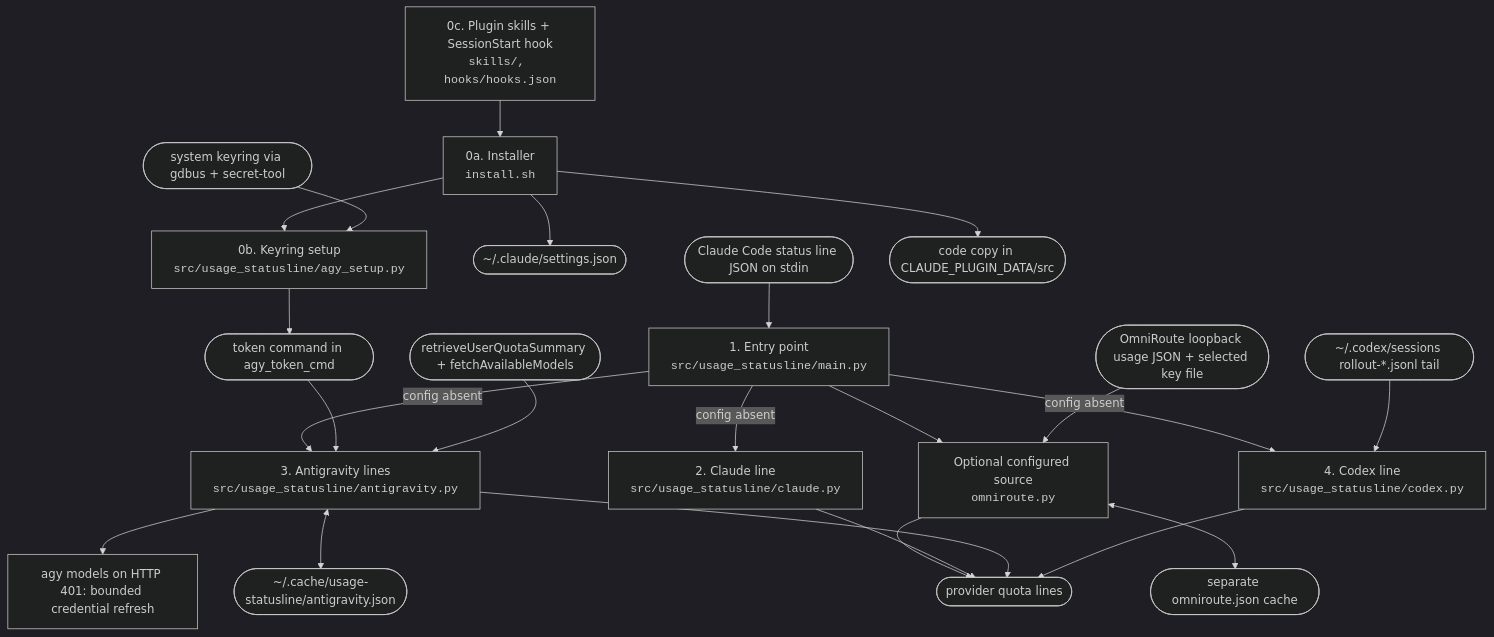
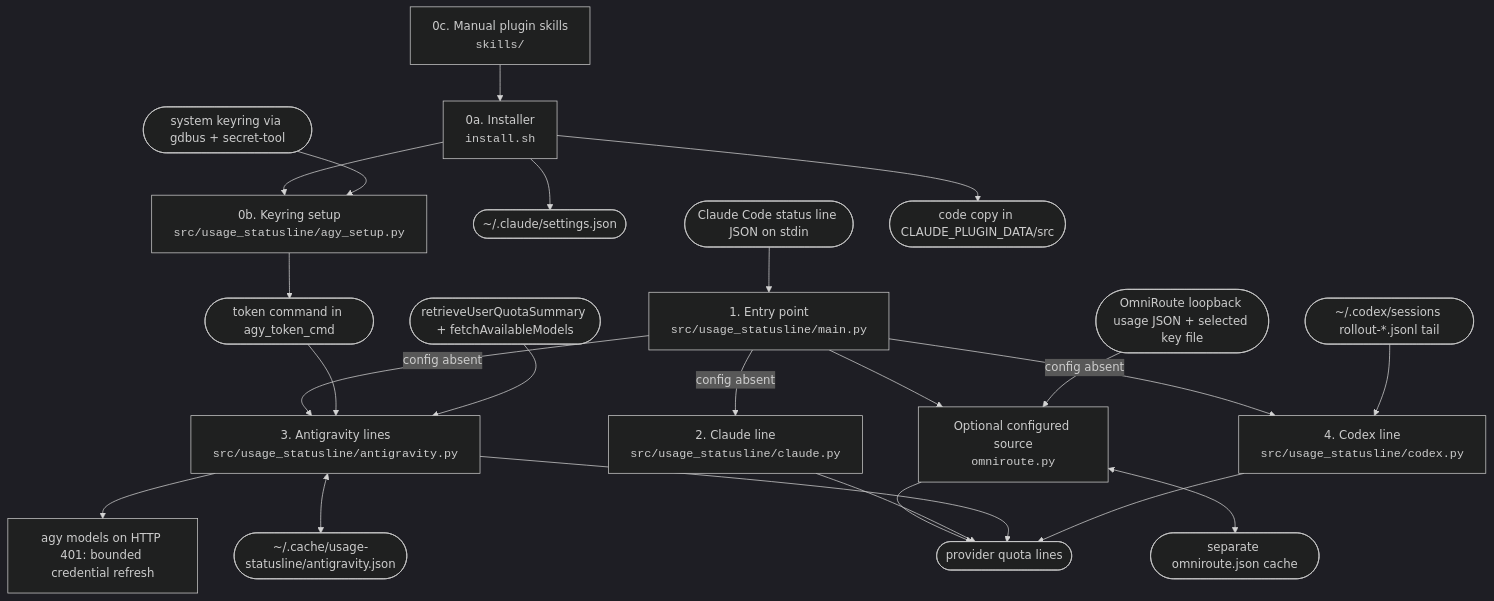
One commit to mlemes/quotaline changed the first of 2 diagrams in docs/architecture.md. Above: the diagram before and after it, drawn with Mermaid (dark theme). The commit also changed other lines of this file and 9 other files, not shown here.

Commit message:
fix: remove unverified plugin command hook (#5)

````diff
--- a/docs/architecture.md
+++ b/docs/architecture.md
@@ -103,25 +112,25 @@
 ```mermaid
 flowchart TB
     cc([Claude Code status line JSON on stdin]) --> main["1. Entry point<br/><code>src/usage_statusline/main.py</code>"]
     main --> omni["Optional configured source<br/><code>omniroute.py</code>"]
     local([OmniRoute loopback usage JSON + selected key file]) --> omni
     omni <--> ocache([separate omniroute.json cache])
     omni --> out
     main -->|config absent| claude["2. Claude line<br/><code>src/usage_statusline/claude.py</code>"]
     main -->|config absent| ag["3. Antigravity lines<br/><code>src/usage_statusline/antigravity.py</code>"]
     tok([token command in agy_token_cmd]) --> ag
     api([retrieveUserQuotaSummary + fetchAvailableModels]) --> ag
     ag --> refresh["agy models on HTTP 401: bounded credential refresh"]
     ag <--> cache([~/.cache/usage-statusline/antigravity.json])
     claude --> out([provider quota lines])
     ag --> out
     main -->|config absent| codex["4. Codex line<br/><code>src/usage_statusline/codex.py</code>"]
     rollout([~/.codex/sessions rollout-*.jsonl tail]) --> codex
     codex --> out
     inst["0a. Installer<br/><code>install.sh</code>"] --> settings([~/.claude/settings.json])
     inst --> setup["0b. Keyring setup<br/><code>src/usage_statusline/agy_setup.py</code>"]
     keyring([system keyring via gdbus + secret-tool]) --> setup
     setup --> tok
-    skill["0c. Plugin skills + SessionStart hook<br/><code>skills/, hooks/hooks.json</code>"] --> inst
+    skill["0c. Manual plugin skills<br/><code>skills/</code>"] --> inst
     inst --> data([code copy in CLAUDE_PLUGIN_DATA/src])
 ```
````
